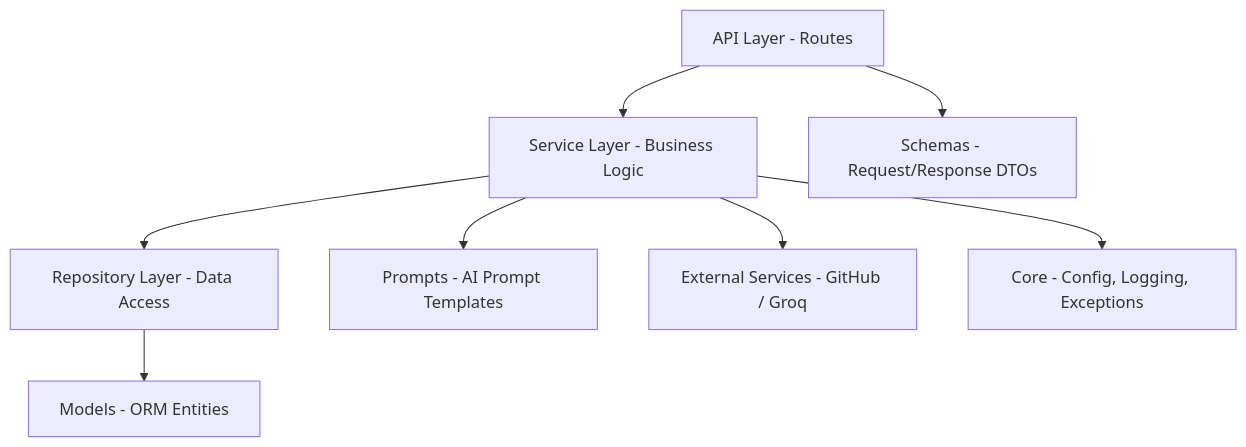
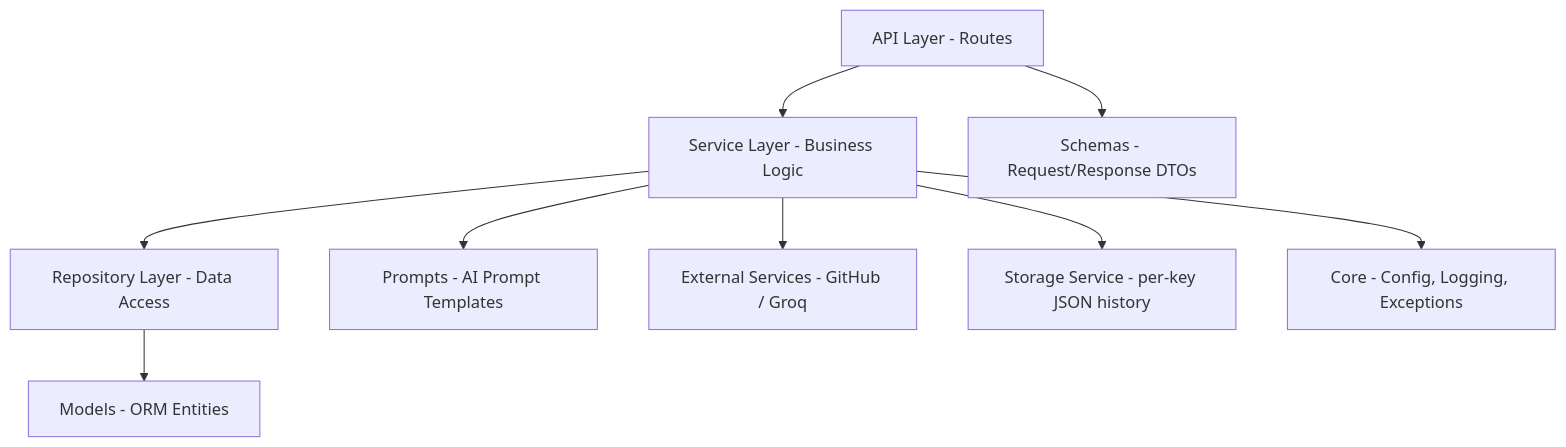
One commit to vkprince6/AI-PR-Review-System changed the third of 3 diagrams in docs/ARCHITECTURE.md. Above: the diagram before and after it, drawn with Mermaid. The commit also changed other lines of this file and 9 other files, not shown here.

````diff
--- a/docs/ARCHITECTURE.md
+++ b/docs/ARCHITECTURE.md
@@ -89,10 +60,11 @@
 ```mermaid
 flowchart TD
     A[API Layer - Routes] --> B[Service Layer - Business Logic]
     B --> C[Repository Layer - Data Access]
     C --> D[Models - ORM Entities]
     B --> E[Prompts - AI Prompt Templates]
     B --> F[External Services - GitHub / Groq]
-    A --> G[Schemas - Request/Response DTOs]
-    B --> H[Core - Config, Logging, Exceptions]
+    B --> G[Storage Service - per-key JSON history]
+    A --> H[Schemas - Request/Response DTOs]
+    B --> I[Core - Config, Logging, Exceptions]
 ```
````
